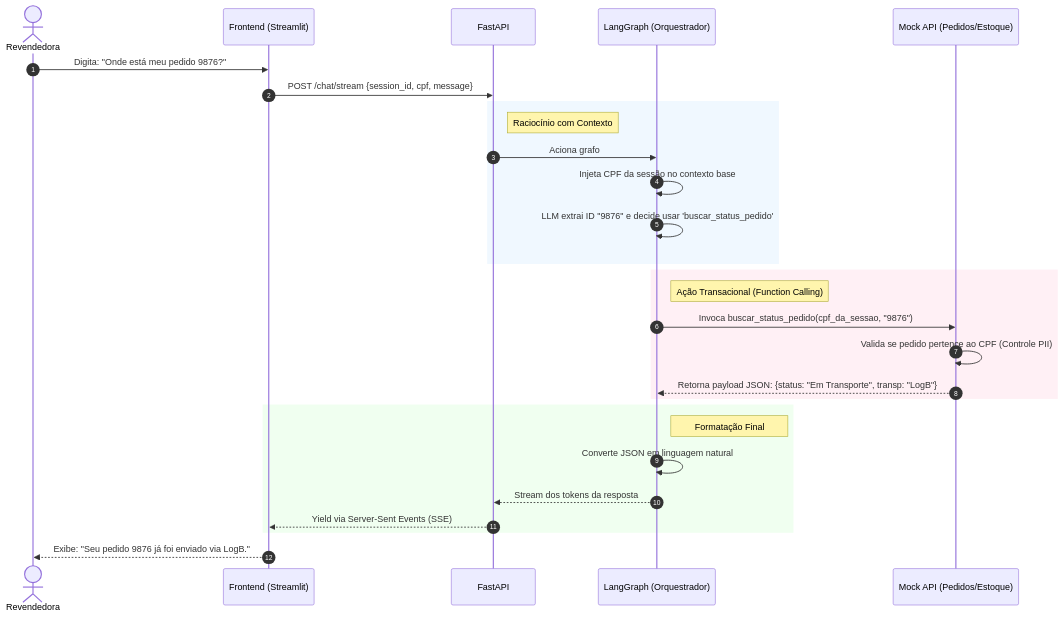
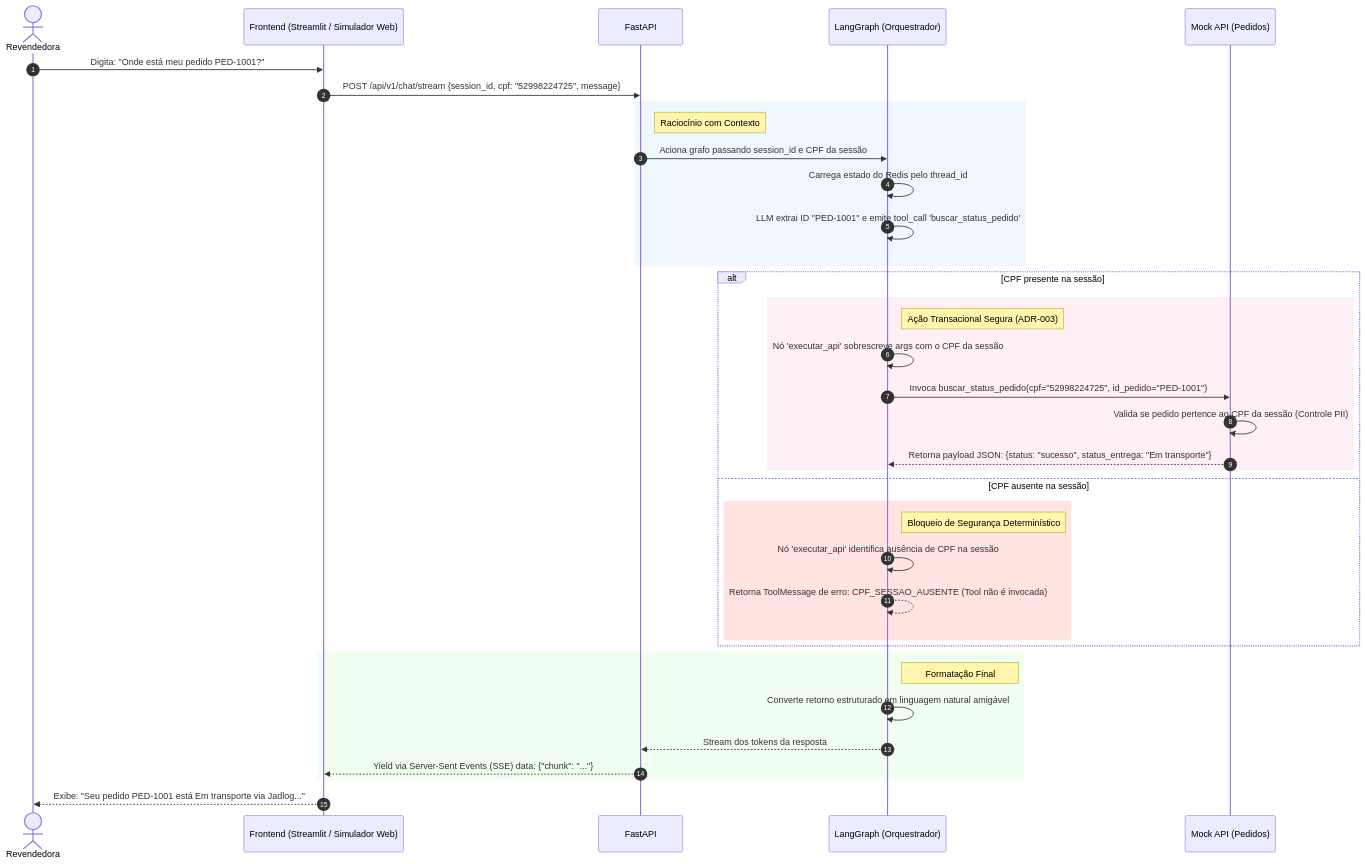
One commit to KattsonBastos/gb-support-agent-case changed the second of 3 diagrams in docs/c4-model/03-sequencia-casos-uso.md. Above: the diagram before and after it, drawn with Mermaid. The commit also changed other lines of this file and 2 other files, not shown here.

````diff
--- a/docs/c4-model/03-sequencia-casos-uso.md
+++ b/docs/c4-model/03-sequencia-casos-uso.md
@@ -50,34 +50,43 @@
 ```mermaid
 sequenceDiagram
     autonumber
     actor R as Revendedora
-    participant UX as Frontend (Streamlit)
+    participant UX as Frontend (Streamlit / Simulador Web)
     participant API as FastAPI
     participant LG as LangGraph (Orquestrador)
-    participant Tool as Mock API (Pedidos/Estoque)
+    participant Tool as Mock API (Pedidos)
 
-    R->>UX: Digita: "Onde está meu pedido 9876?"
-    UX->>API: POST /chat/stream {session_id, cpf, message}
+    R->>UX: Digita: "Onde está meu pedido PED-1001?"
+    UX->>API: POST /api/v1/chat/stream {session_id, cpf: "52998224725", message}
     
     rect rgb(240, 248, 255)
         Note right of API: Raciocínio com Contexto
-        API->>LG: Aciona grafo
-        LG->>LG: Injeta CPF da sessão no contexto base
-        LG->>LG: LLM extrai ID "9876" e decide usar 'buscar_status_pedido'
+        API->>LG: Aciona grafo passando session_id e CPF da sessão
+        LG->>LG: Carrega estado do Redis pelo thread_id
+        LG->>LG: LLM extrai ID "PED-1001" e emite tool_call 'buscar_status_pedido'
     end
 
-    rect rgb(255, 240, 245)
-        Note right of LG: Ação Transacional (Function Calling)
-        LG->>Tool: Invoca buscar_status_pedido(cpf_da_sessao, "9876")
-        Tool->>Tool: Valida se pedido pertence ao CPF (Controle PII)
-        Tool-->>LG: Retorna payload JSON: {status: "Em Transporte", transp: "LogB"}
+    alt CPF presente na sessão
+        rect rgb(255, 240, 245)
+            Note right of LG: Ação Transacional Segura (ADR-003)
+            LG->>LG: Nó 'executar_api' sobrescreve args com o CPF da sessão
+            LG->>Tool: Invoca buscar_status_pedido(cpf="52998224725", id_pedido="PED-1001")
+            Tool->>Tool: Valida se pedido pertence ao CPF da sessão (Controle PII)
+            Tool-->>LG: Retorna payload JSON: {status: "sucesso", status_entrega: "Em transporte"}
+        end
+    else CPF ausente na sessão
+        rect rgb(255, 228, 225)
+            Note right of LG: Bloqueio de Segurança Determinístico
+            LG->>LG: Nó 'executar_api' identifica ausência de CPF na sessão
+            LG-->>LG: Retorna ToolMessage de erro: CPF_SESSAO_AUSENTE (Tool não é invocada)
+        end
     end
 
     rect rgb(240, 255, 240)
         Note right of LG: Formatação Final
-        LG->>LG: Converte JSON em linguagem natural
+        LG->>LG: Converte retorno estruturado em linguagem natural amigável
         LG-->>API: Stream dos tokens da resposta
-        API-->>UX: Yield via Server-Sent Events (SSE)
+        API-->>UX: Yield via Server-Sent Events (SSE) data: {"chunk": "..."}
     end
-    UX-->>R: Exibe: "Seu pedido 9876 já foi enviado via LogB."
+    UX-->>R: Exibe: "Seu pedido PED-1001 está Em transporte via Jadlog..."
 ```
````
